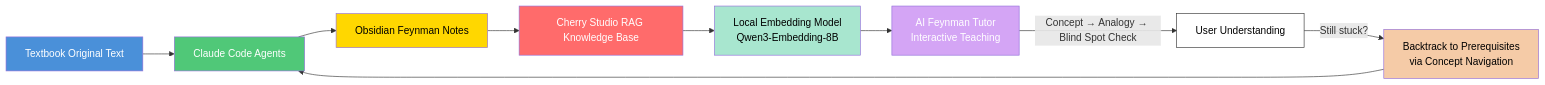
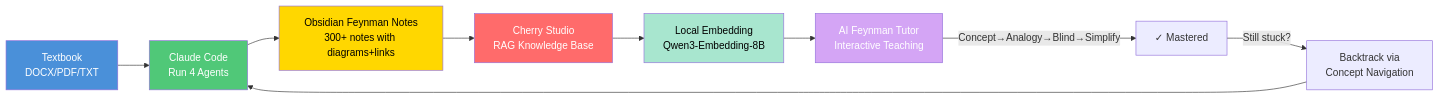
The diagram in README.en.md (3229218431/FeynFlow), drawn with Mermaid before and after one commit. The commit also changed other lines of this file and 2 other files, not shown here.

````diff
--- a/README.en.md
+++ b/README.en.md
@@ -19,21 +23,19 @@
 ```mermaid
 flowchart LR
-    A[Textbook Original Text] --> B[Claude Code Agents]
-    B --> C[Obsidian Feynman Notes]
-    C --> D[Cherry Studio RAG Knowledge Base]
-    D --> E[Local Embedding Model<br>Qwen3-Embedding-8B]
+    A[Textbook<br>DOCX/PDF/TXT] --> B[Claude Code<br>Run 4 Agents]
+    B --> C[Obsidian Feynman Notes<br>300+ notes with diagrams+links]
+    C --> D[Cherry Studio<br>RAG Knowledge Base]
+    D --> E[Local Embedding<br>Qwen3-Embedding-8B]
     E --> F[AI Feynman Tutor<br>Interactive Teaching]
     
-    F -->|"Concept → Analogy → Blind Spot Check"| G[User Understanding]
-    G -->|"Still stuck?"| H[Backtrack to Prerequisites<br>via Concept Navigation]
+    F -->|Concept→Analogy→Blind→Simplify| G[✓ Mastered]
+    G -->|Still stuck?| H[Backtrack via<br>Concept Navigation]
     H --> B
-    
+
     style A fill:#4a90d9,color:#fff
     style B fill:#50c878,color:#fff
     style C fill:#ffd700,color:#000
     style D fill:#ff6b6b,color:#fff
     style E fill:#a8e6cf,color:#000
     style F fill:#d4a5f5,color:#fff
-    style G fill:#fff,color:#000,stroke:#333
-    style H fill:#f5cba7,color:#000
 ```
````
